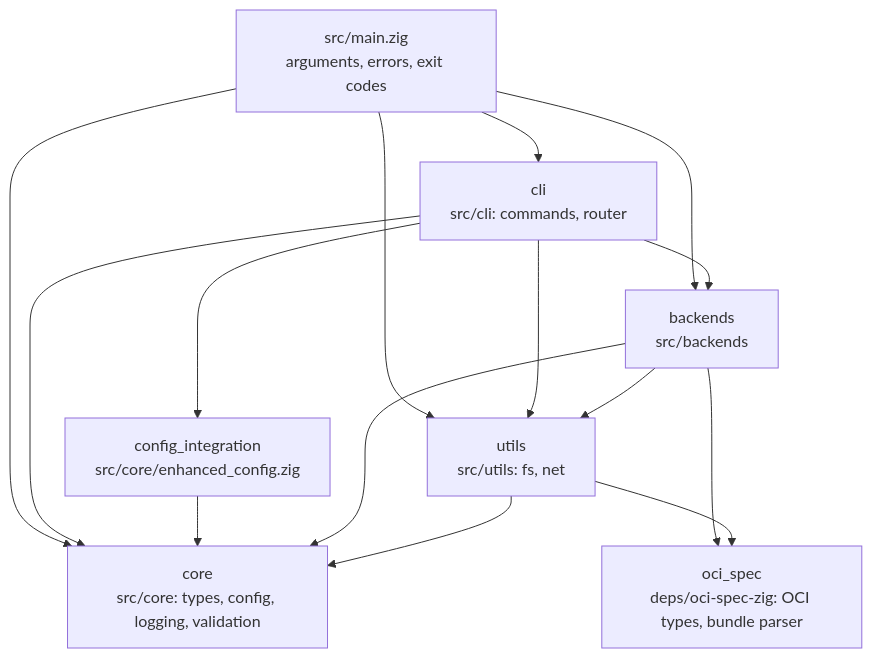
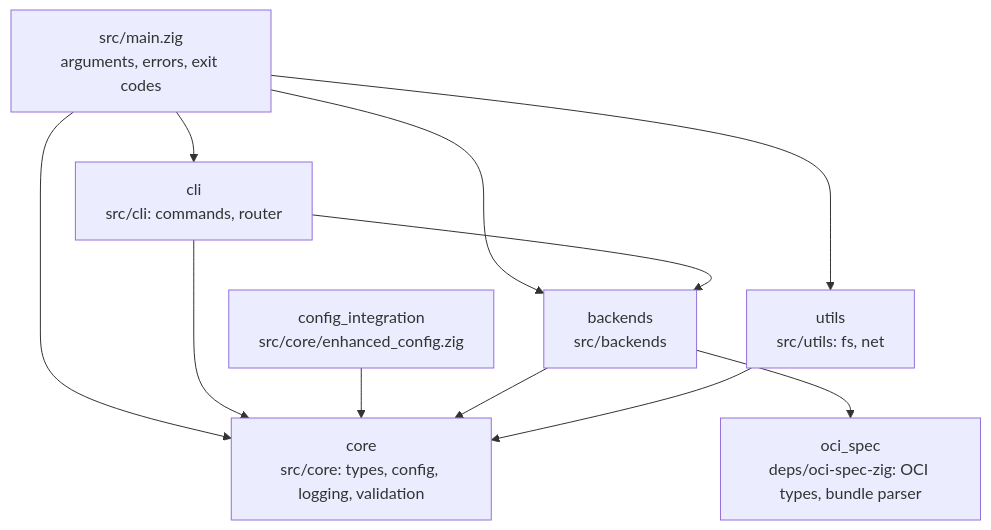
The diagram in docs/architecture/MODULES.md (CageForge/nexcage), drawn with Mermaid before and after one commit. The commit also changed other lines of this file and 43 other files, not shown here.

````diff
--- a/docs/architecture/MODULES.md
+++ b/docs/architecture/MODULES.md
@@ -6,25 +6,21 @@
 ```mermaid
 flowchart TB
   main["src/main.zig<br/>arguments, errors, exit codes"]
   cli["cli<br/>src/cli: commands, router"]
   core["core<br/>src/core: types, config, logging, validation"]
   backends["backends<br/>src/backends"]
   utils["utils<br/>src/utils: fs, net"]
   cfg["config_integration<br/>src/core/enhanced_config.zig"]
   oci["oci_spec<br/>deps/oci-spec-zig: OCI types, bundle parser"]
 
   main --> cli
   main --> core
   main --> backends
   main --> utils
   cli --> core
   cli --> backends
-  cli --> utils
-  cli --> cfg
   cfg --> core
   backends --> core
-  backends --> utils
   backends --> oci
   utils --> core
-  utils --> oci
 ```
````
